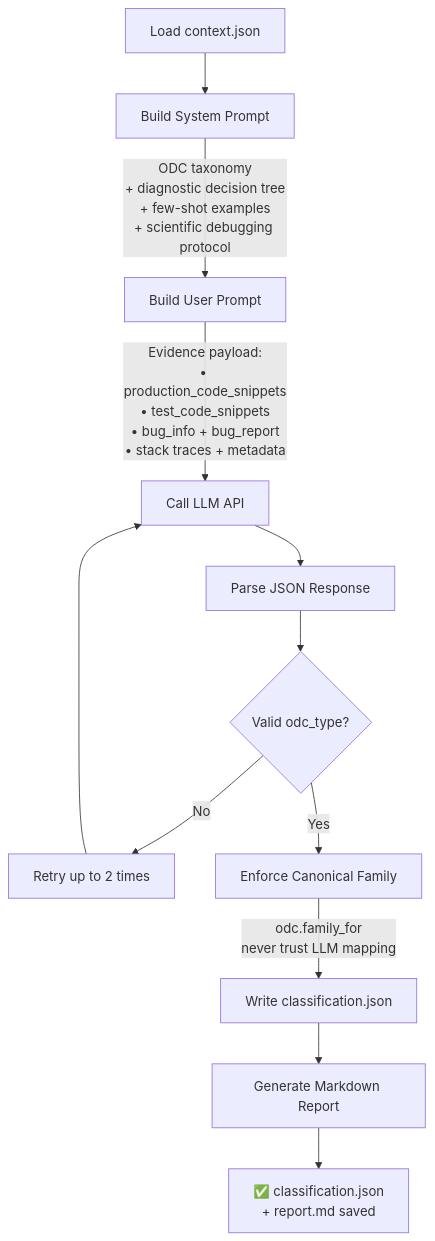
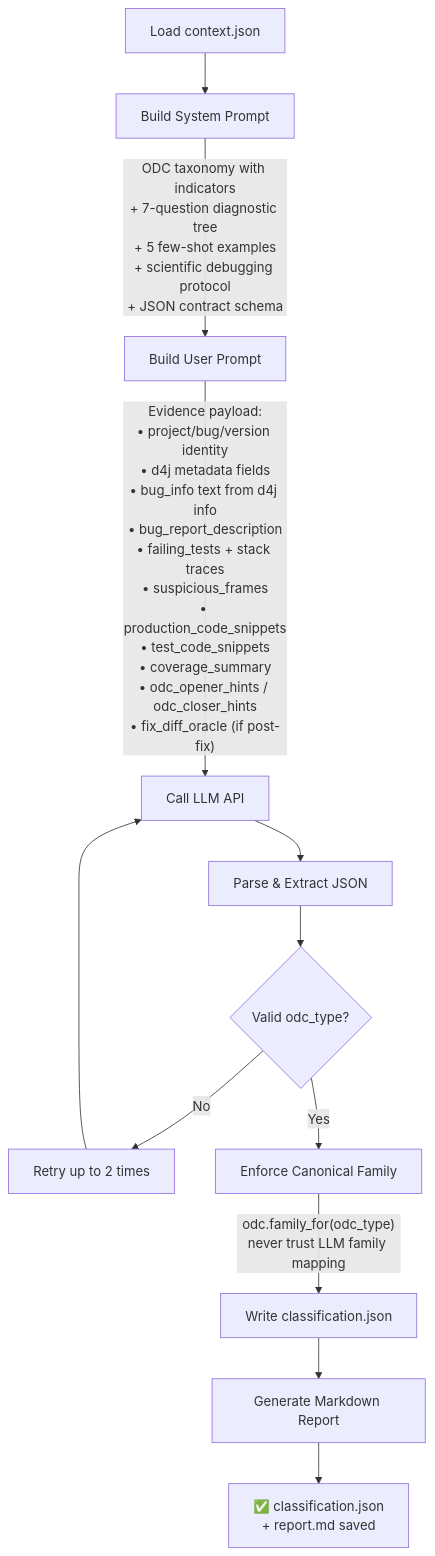
One commit to hasin023/d4j_odc_implementation changed the second of 3 diagrams in README.md. Above: the diagram before and after it, drawn with Mermaid. The commit also changed other lines of this file, not shown here.

````diff
--- a/README.md
+++ b/README.md
@@ -39,14 +43,14 @@
 ```mermaid
 flowchart TD
     A[Load context.json] --> B[Build System Prompt]
-    B --> |"ODC taxonomy\n+ diagnostic decision tree\n+ few-shot examples\n+ scientific debugging protocol"| C[Build User Prompt]
-    C --> |"Evidence payload:\n• production_code_snippets\n• test_code_snippets\n• bug_info + bug_report\n• stack traces + metadata"| D[Call LLM API]
-    D --> E[Parse JSON Response]
+    B --> |"ODC taxonomy with indicators\n+ 7-question diagnostic tree\n+ 5 few-shot examples\n+ scientific debugging protocol\n+ JSON contract schema"| C[Build User Prompt]
+    C --> |"Evidence payload:\n• project/bug/version identity\n• d4j metadata fields\n• bug_info text from d4j info\n• bug_report_description\n• failing_tests + stack traces\n• suspicious_frames\n• production_code_snippets\n• test_code_snippets\n• coverage_summary\n• odc_opener_hints / odc_closer_hints\n• fix_diff_oracle (if post-fix)"| D[Call LLM API]
+    D --> E[Parse & Extract JSON]
     E --> F{Valid odc_type?}
     F -->|No| G[Retry up to 2 times]
     G --> D
     F -->|Yes| H[Enforce Canonical Family]
-    H --> |"odc.family_for\nnever trust LLM mapping"| I[Write classification.json]
+    H --> |"odc.family_for(odc_type)\nnever trust LLM family mapping"| I[Write classification.json]
     I --> J[Generate Markdown Report]
     J --> K["✅ classification.json\n+ report.md saved"]
 ```
````
